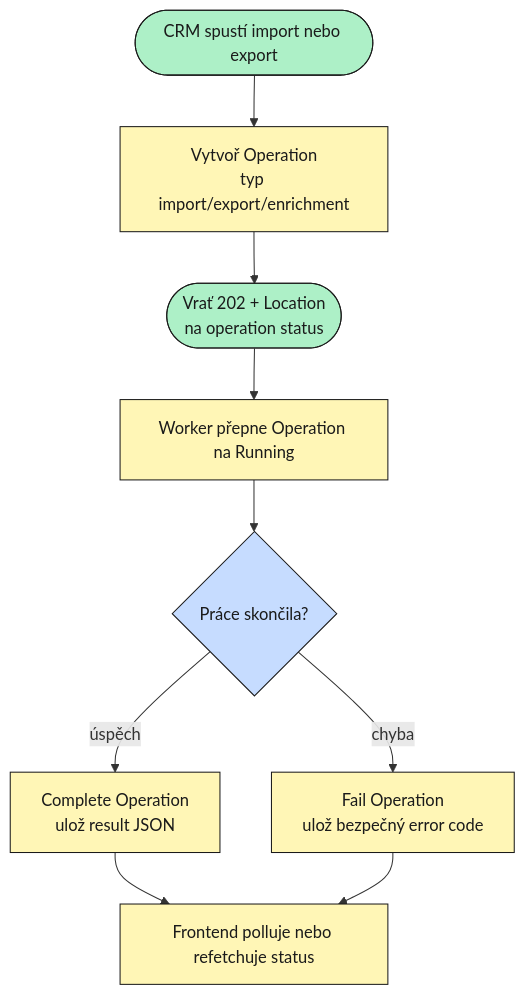
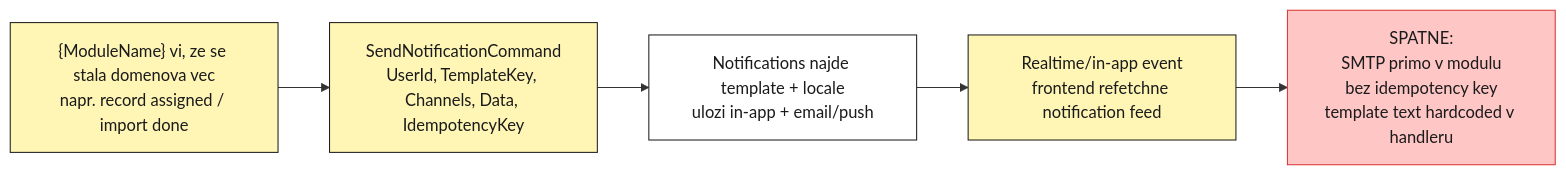
One commit to SolutionBox-corp/ModularPlatform changed the sixth of 7 diagrams in CRM_MODULE_ARCHITECTURE.md. Above: the diagram before and after it, drawn with Mermaid. The commit also changed other lines of this file, not shown here.

Commit message:
docs: generalize module architecture guide

````diff
--- a/CRM_MODULE_ARCHITECTURE.md
+++ b/CRM_MODULE_ARCHITECTURE.md
@@ -1531,21 +472,14 @@
 ```mermaid
-flowchart TB
+flowchart LR
     classDef proc fill:#fff6b6,stroke:#1a1a1a,color:#1a1a1a
-    classDef dec fill:#c6dcff,stroke:#1a1a1a,color:#1a1a1a
-    classDef term fill:#adf0c7,stroke:#1a1a1a,color:#1a1a1a
     classDef data fill:#ffffff,stroke:#1a1a1a,color:#1a1a1a
     classDef err fill:#ffc6c6,stroke:#d93636,color:#1a1a1a
 
-    START(["CRM spustí import nebo export"]):::term
-    CREATE["Vytvoř Operation<br/>typ import/export/enrichment"]:::proc
-    ACCEPT(["Vrať 202 + Location<br/>na operation status"]):::term
-    RUN["Worker přepne Operation na Running"]:::proc
-    RESULT{"Práce skončila?"}:::dec
-    OK["Complete Operation<br/>ulož result JSON"]:::proc
-    FAIL["Fail Operation<br/>ulož bezpečný error code"]:::proc
-    POLL["Frontend polluje nebo refetchuje status"]:::proc
+    MODULE["{ModuleName} vi, ze se stala domenova vec<br/>napr. record assigned / import done"]:::proc
+    COMMAND["SendNotificationCommand<br/>UserId, TemplateKey, Channels, Data, IdempotencyKey"]:::proc
+    NOTIF["Notifications najde template + locale<br/>ulozi in-app + email/push"]:::data
+    REALTIME["Realtime/in-app event<br/>frontend refetchne notification feed"]:::proc
+    BAD["SPATNE:<br/>SMTP primo v modulu<br/>bez idempotency key<br/>template text hardcoded v handleru"]:::err
 
-    START --> CREATE --> ACCEPT --> RUN --> RESULT
-    RESULT -->|"úspěch"| OK --> POLL
-    RESULT -->|"chyba"| FAIL --> POLL
+    MODULE --> COMMAND --> NOTIF --> REALTIME --> BAD
 ```
````
